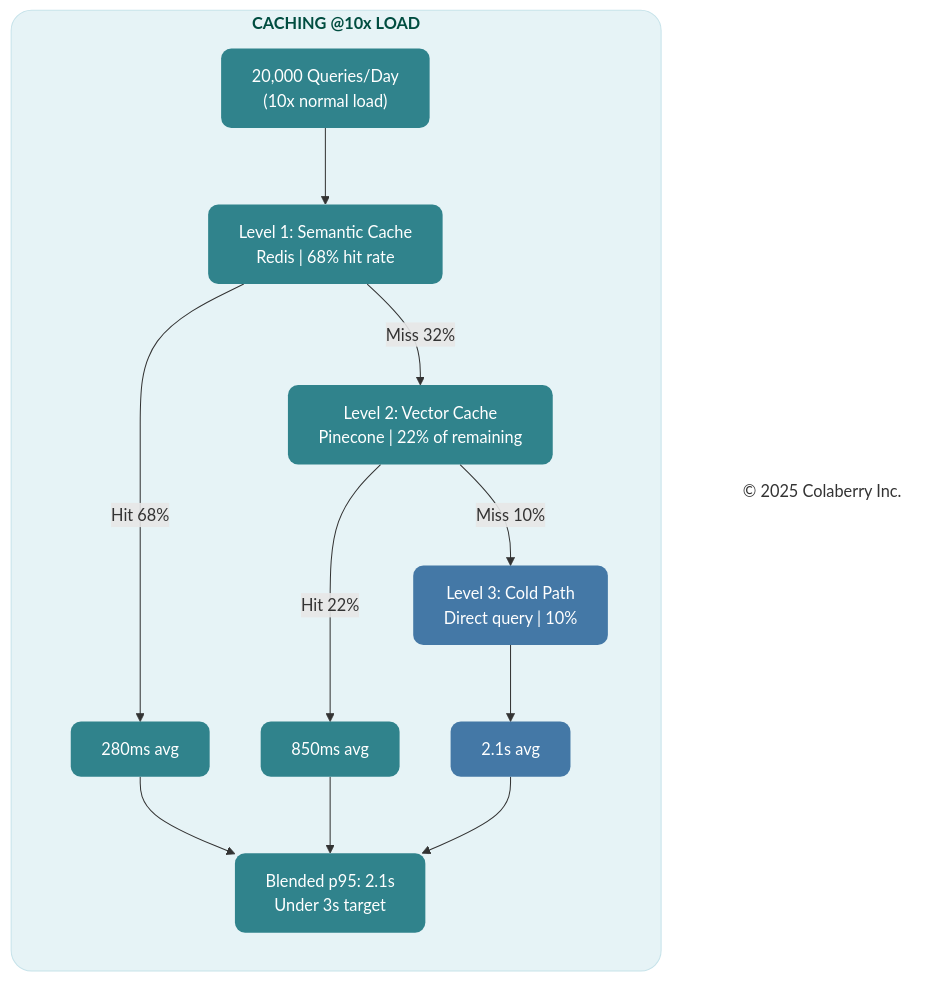
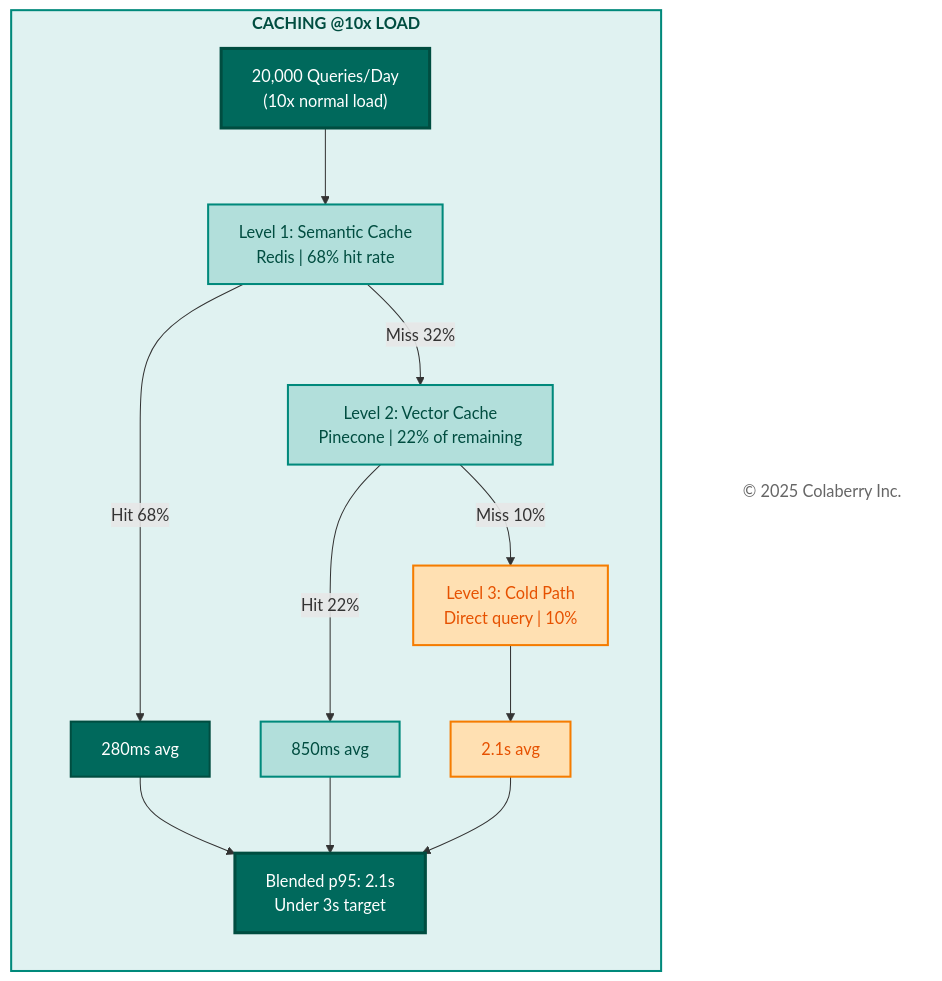
One commit to saitejesh-cyber/trust-before-intelligence-book changed the fourth of 11 diagrams in manuscript/09_chapter_8_architecture_of_trust_in_action.md. Above: the diagram before and after it, drawn with Mermaid. The commit also changed other lines of this file and 12 other files, not shown here.

Commit message:
Restore legacy Mermaid styles for Option 1

````diff
--- a/manuscript/09_chapter_8_architecture_of_trust_in_action.md
+++ b/manuscript/09_chapter_8_architecture_of_trust_in_action.md
@@ -271,42 +271,42 @@
 ```mermaid
 
 graph TB
   subgraph CACHE["<b>CACHING @10x LOAD</b>"]
     direction TB
     QUERY["20,000 Queries/Day<br/>(10x normal load)"]
     
     L1["Level 1: Semantic Cache<br/>Redis | 68% hit rate"]
     L2["Level 2: Vector Cache<br/>Pinecone | 22% of remaining"]
     L3["Level 3: Cold Path<br/>Direct query | 10%"]
     
     R1["280ms avg"]
     R2["850ms avg"]
     R3["2.1s avg"]
     
     RESULT["Blended p95: 2.1s<br/>Under 3s target"]
   end
   
   Copyright["© 2025 Colaberry Inc."]
   
   QUERY --> L1
   L1 -->|"Hit 68%"| R1
   L1 -->|"Miss 32%"| L2
   L2 -->|"Hit 22%"| R2
   L2 -->|"Miss 10%"| L3
   L3 --> R3
   R1 --> RESULT
   R2 --> RESULT
   R3 --> RESULT
   
-  style CACHE fill:#e6f3f6,stroke:#c7e3ea,stroke-width:1px,color:#004d40,rx:20,ry:20
-  style QUERY fill:#30838C,stroke:none,color:#ffffff,rx:10,ry:10
-  style L1 fill:#30838C,stroke:none,color:#ffffff,rx:10,ry:10
-  style L2 fill:#30838C,stroke:none,color:#ffffff,rx:10,ry:10
-  style L3 fill:#4478A6,stroke:none,color:#ffffff,rx:10,ry:10
-  style R1 fill:#30838C,stroke:none,color:#ffffff,rx:10,ry:10
-  style R2 fill:#30838C,stroke:none,color:#ffffff,rx:10,ry:10
-  style R3 fill:#4478A6,stroke:none,color:#ffffff,rx:10,ry:10
-  style RESULT fill:#30838C,stroke:none,color:#ffffff,rx:10,ry:10
-  style Copyright fill:none,stroke:none,color:#333333
+  style CACHE fill:#e0f2f1,stroke:#00897b,stroke-width:2px,color:#004d40
+  style QUERY fill:#00695c,color:#ffffff,stroke:#004d40,stroke-width:3px
+  style L1 fill:#b2dfdb,stroke:#00897b,stroke-width:2px,color:#004d40
+  style L2 fill:#b2dfdb,stroke:#00897b,stroke-width:2px,color:#004d40
+  style L3 fill:#ffe0b2,stroke:#f57c00,stroke-width:2px,color:#e65100
+  style R1 fill:#00695c,color:#ffffff,stroke:#004d40,stroke-width:2px
+  style R2 fill:#b2dfdb,stroke:#00897b,stroke-width:2px,color:#004d40
+  style R3 fill:#ffe0b2,stroke:#f57c00,stroke-width:2px,color:#e65100
+  style RESULT fill:#00695c,color:#ffffff,stroke:#004d40,stroke-width:3px
+  style Copyright fill:#ffffff,stroke:none,color:#666666
 
 ```
````
